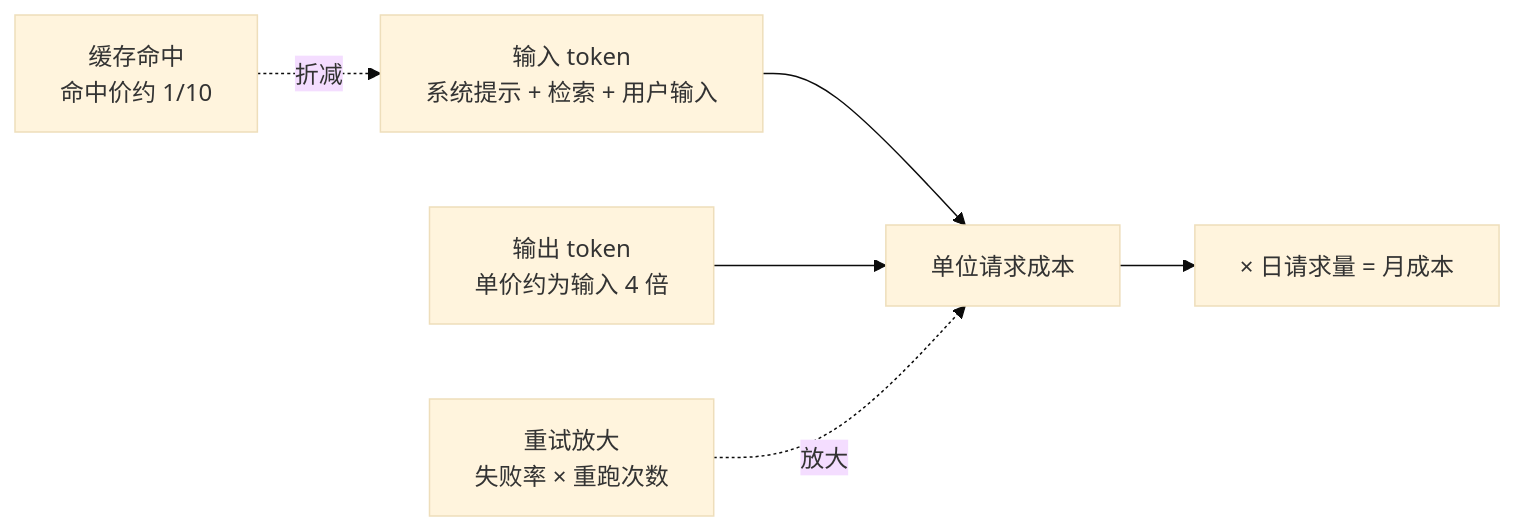
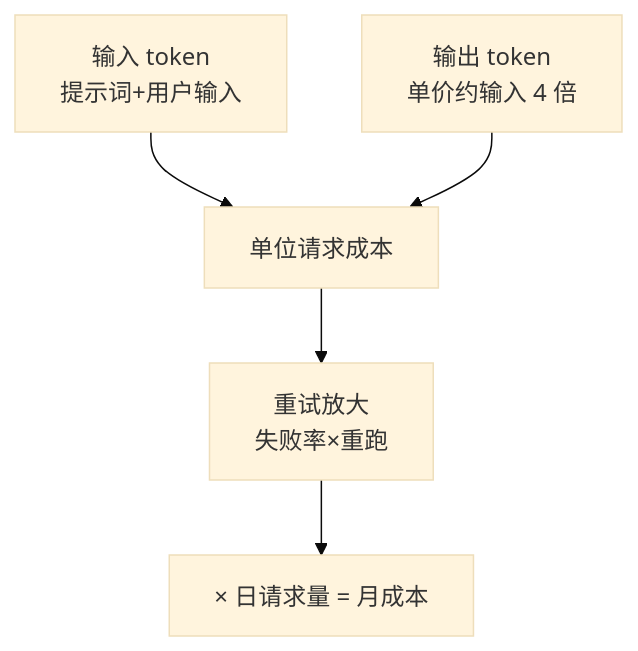
One commit to hub138/technical-knowledge changed the first of 3 diagrams in vault/工程知识/AI 系统工程：从模型能力到生产能力/推理服务与平台/推理服务的单位请求成本从token定价推出来.md. Above: the diagram before and after it, drawn with Mermaid (base theme). The commit also changed other lines of this file and 622 other files, not shown here.

````diff
--- a/vault/工程知识/AI 系统工程：从模型能力到生产能力/推理服务与平台/推理服务的单位请求成本从token定价推出来.md
+++ b/vault/工程知识/AI 系统工程：从模型能力到生产能力/推理服务与平台/推理服务的单位请求成本从token定价推出来.md
@@ -26,8 +26,7 @@
 ```mermaid
-flowchart LR
-    A["输入 token<br/>系统提示 + 检索 + 用户输入"] --> C["单位请求成本"]
-    B["输出 token<br/>单价约为输入 4 倍"] --> C
-    D["缓存命中<br/>命中价约 1/10"] -.折减.-> A
-    E["重试放大<br/>失败率 × 重跑次数"] -.放大.-> C
-    C --> F["× 日请求量 = 月成本"]
+flowchart TD
+    A["输入 token<br/>提示词+用户输入"] --> C["单位请求成本"]
+    B["输出 token<br/>单价约输入 4 倍"] --> C
+    C --> E["重试放大<br/>失败率×重跑"]
+    E --> F["× 日请求量 = 月成本"]
 ```
````
